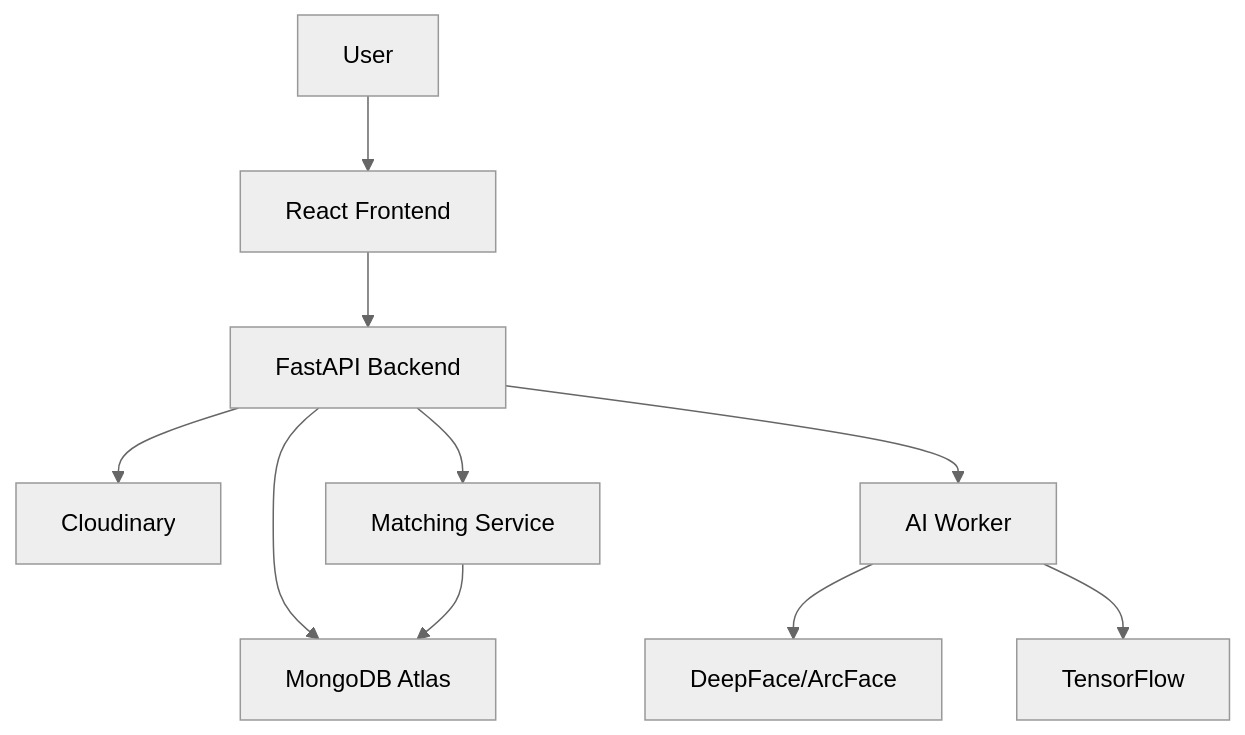
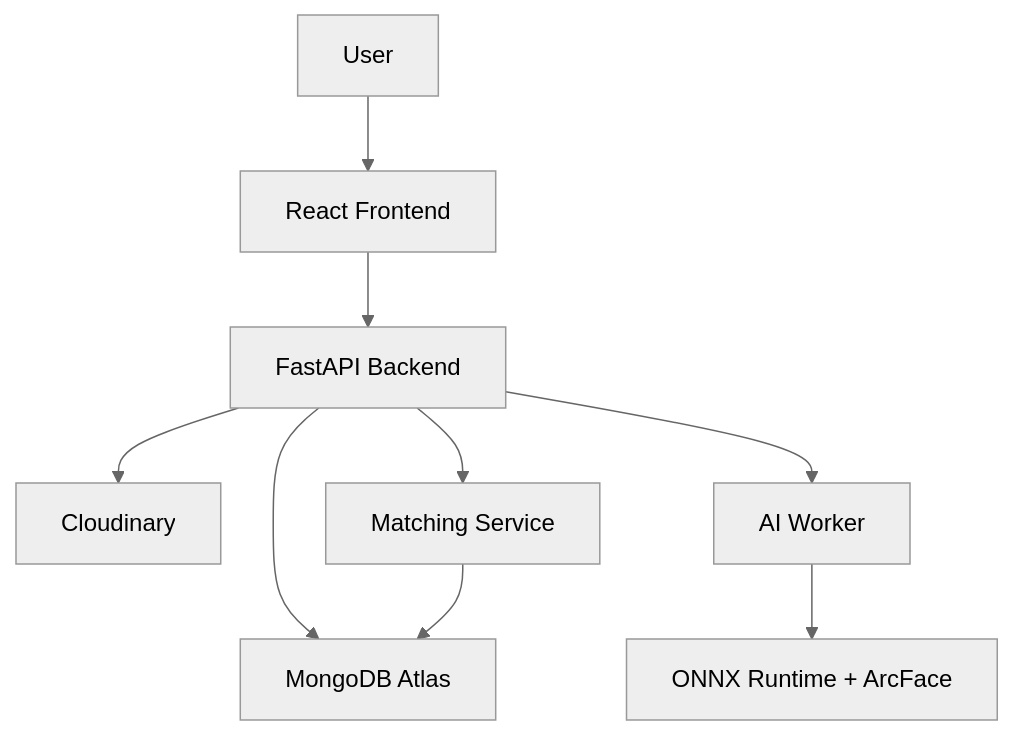
One commit to krish-munjapara/lost-found-system changed the diagram in README.md. Above: the diagram before and after it, drawn with Mermaid (neutral theme). The commit also changed other lines of this file, not shown here.

````diff
--- a/README.md
+++ b/README.md
@@ -108,12 +93,11 @@
 ```mermaid
 graph TD
     A[User] --> B[React Frontend]
     B --> C[FastAPI Backend]
     C --> D[MongoDB Atlas]
     C --> E[Cloudinary]
     C --> F[AI Worker]
-    F --> G[DeepFace/ArcFace]
-    F --> H[TensorFlow]
-    C --> I[Matching Service]
-    I --> D
+    F --> G[ONNX Runtime + ArcFace]
+    C --> H[Matching Service]
+    H --> D
 ```
````
